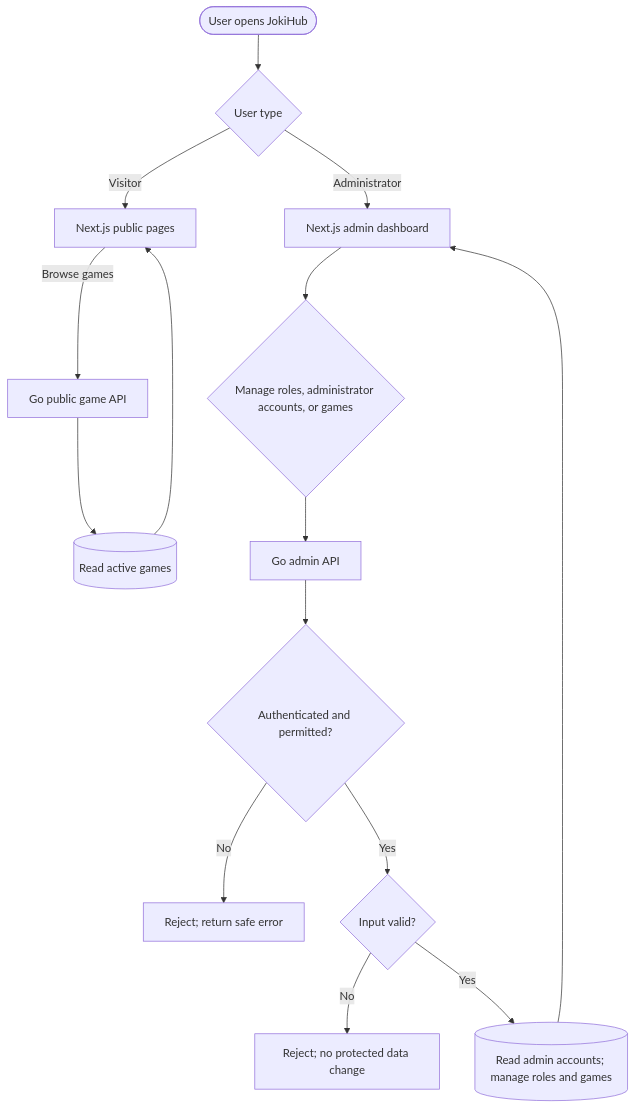
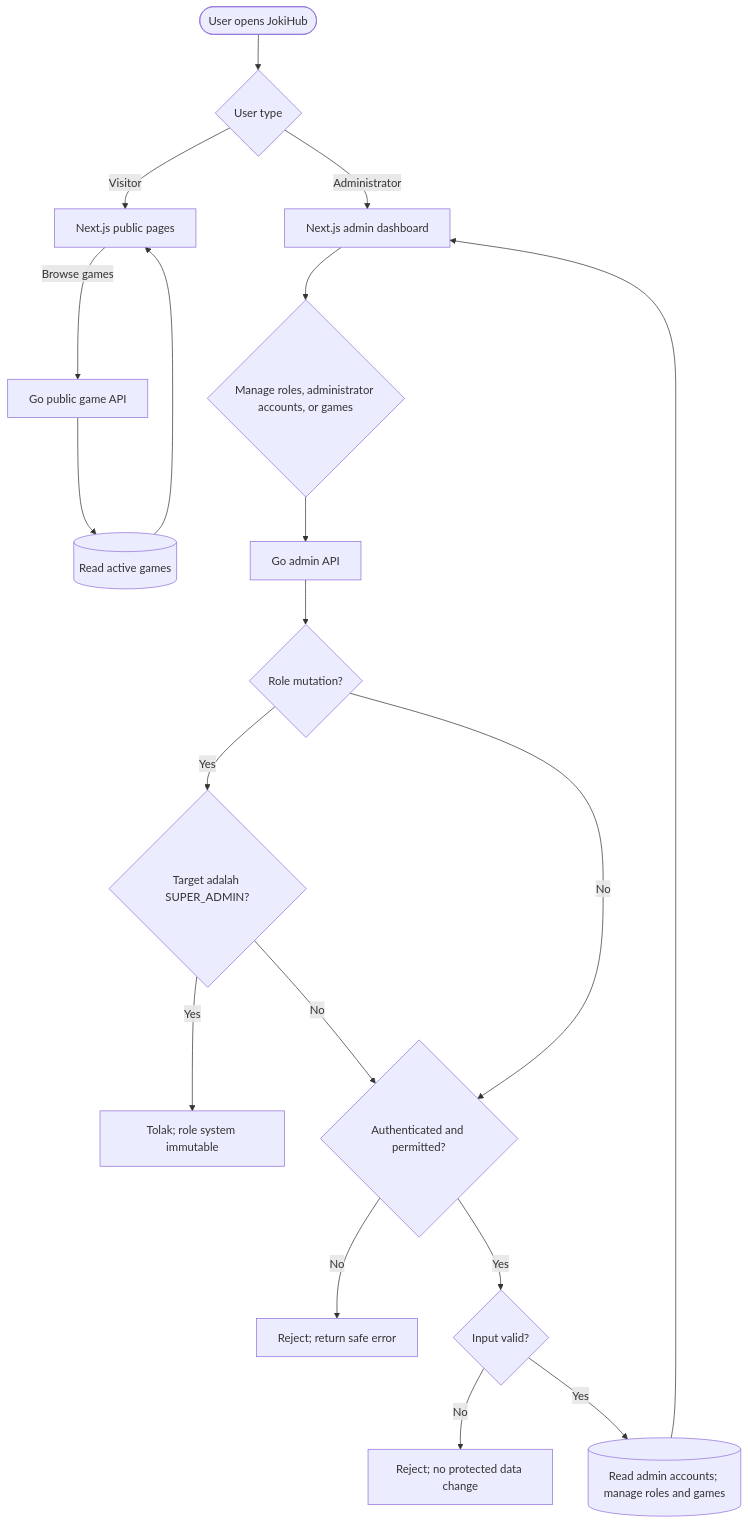
One commit to fatihmuhamadridho/docs-game-service-platform changed the diagram in sprint_1/hld/sprint-1-hld.md. Above: the diagram before and after it, drawn with Mermaid. The commit also changed other lines of this file and 11 other files, not shown here.

````diff
--- a/sprint_1/hld/sprint-1-hld.md
+++ b/sprint_1/hld/sprint-1-hld.md
@@ -7,21 +7,25 @@
 ```mermaid
 flowchart TD
     Start([User opens JokiHub]) --> Type{User type}
 
     Type -->|Visitor| PublicUI[Next.js public pages]
     Type -->|Administrator| AdminUI[Next.js admin dashboard]
 
     PublicUI -->|Browse games| GameRead[Go public game API]
     GameRead --> ActiveGames[(Read active games)]
     ActiveGames --> PublicUI
 
     AdminUI --> AdminRequest{Manage roles, administrator accounts, or games}
     AdminRequest --> AdminAPI[Go admin API]
-    AdminAPI --> AccessCheck{Authenticated and permitted?}
+    AdminAPI --> RoleMutation{Role mutation?}
+    RoleMutation -->|Yes| ProtectedCheck{Target adalah SUPER_ADMIN?}
+    ProtectedCheck -->|Yes| ProtectedError[Tolak; role system immutable]
+    ProtectedCheck -->|No| AccessCheck
+    RoleMutation -->|No| AccessCheck{Authenticated and permitted?}
     AccessCheck -->|No| AccessError[Reject; return safe error]
     AccessCheck -->|Yes| Validate{Input valid?}
     Validate -->|No| ValidationError[Reject; no protected data change]
     Validate -->|Yes| AdminData[(Read admin accounts; manage roles and games)]
     AdminData --> AdminUI
 
 ```
````
